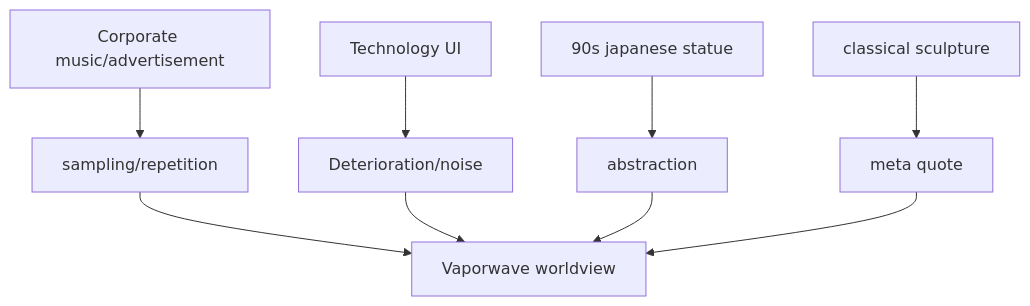
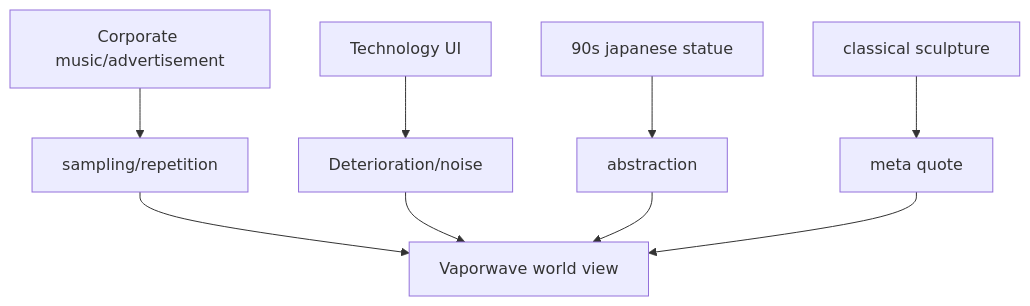
Before and after one commit to monumental-movement/monumental-movement.github.io: the third of 3 diagrams in en/_posts/2025-11-16-column-vaporwave.md, drawn with Mermaid. The commit also changed other lines of this file and 321 other files, not shown here.

```diff
--- a/en/_posts/2025-11-16-column-vaporwave.md
+++ b/en/_posts/2025-11-16-column-vaporwave.md
@@ -158,13 +158,13 @@
 <div class="mermaid">
 
 graph TD
     A[Corporate music/advertisement] --> A2[sampling/repetition]
     B[Technology UI] --> B2[Deterioration/noise]
     C[90s japanese statue] --> C2[abstraction]
     D[classical sculpture] --> D2[meta quote]
-    A2 --> Z[Vaporwave worldview]
+    A2 --> Z[Vaporwave world view]
     B2 --> Z
     C2 --> Z
     D2 --> Z
 
 </div>
```
